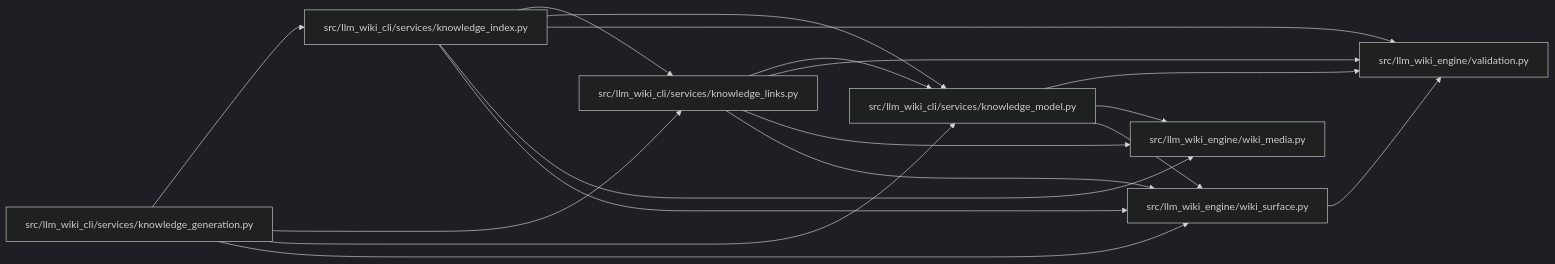
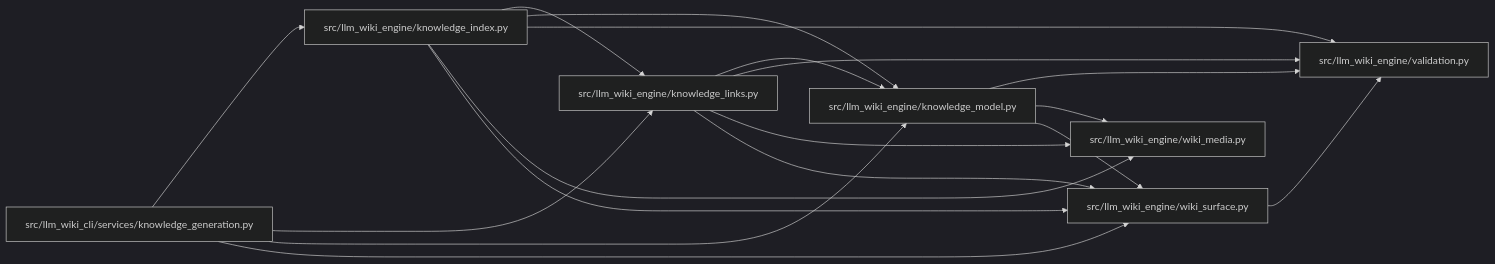
One commit to Denissvgn/python-wiki-llm changed the diagram in docs/llm_wiki/modules/knowledge_links.md. Above: the diagram before and after it, drawn with Mermaid (dark theme). The commit also changed other lines of this file and 1058 other files, not shown here.

First line of the commit message:
docs: refresh the wiki for the knowledge store move

````diff
--- a/docs/llm_wiki/modules/knowledge_links.md
+++ b/docs/llm_wiki/modules/knowledge_links.md
@@ -34,34 +34,34 @@
 ```mermaid
 flowchart LR
     n0["src/llm_wiki_cli/services/knowledge_generation.py"]
-    n1["src/llm_wiki_cli/services/knowledge_index.py"]
-    n2["src/llm_wiki_cli/services/knowledge_links.py"]
-    n3["src/llm_wiki_cli/services/knowledge_model.py"]
+    n1["src/llm_wiki_engine/knowledge_index.py"]
+    n2["src/llm_wiki_engine/knowledge_links.py"]
+    n3["src/llm_wiki_engine/knowledge_model.py"]
     n4["src/llm_wiki_engine/validation.py"]
     n5["src/llm_wiki_engine/wiki_media.py"]
     n6["src/llm_wiki_engine/wiki_surface.py"]
     n0 --> n1
     n0 --> n2
     n0 --> n3
     n0 --> n6
     n1 --> n2
     n1 --> n3
     n1 --> n4
     n1 --> n5
     n1 --> n6
     n2 --> n3
     n2 --> n4
     n2 --> n5
     n2 --> n6
     n3 --> n4
     n3 --> n5
     n3 --> n6
     n6 --> n4
     click n0 "../modules/knowledge_generation.md"
     click n1 "../modules/knowledge_index.md"
     click n2 "../modules/knowledge_links.md"
     click n3 "../modules/knowledge_model.md"
     click n4 "../modules/validation.md"
     click n5 "../modules/wiki_media.md"
     click n6 "../modules/wiki_surface.md"
 ```
````
